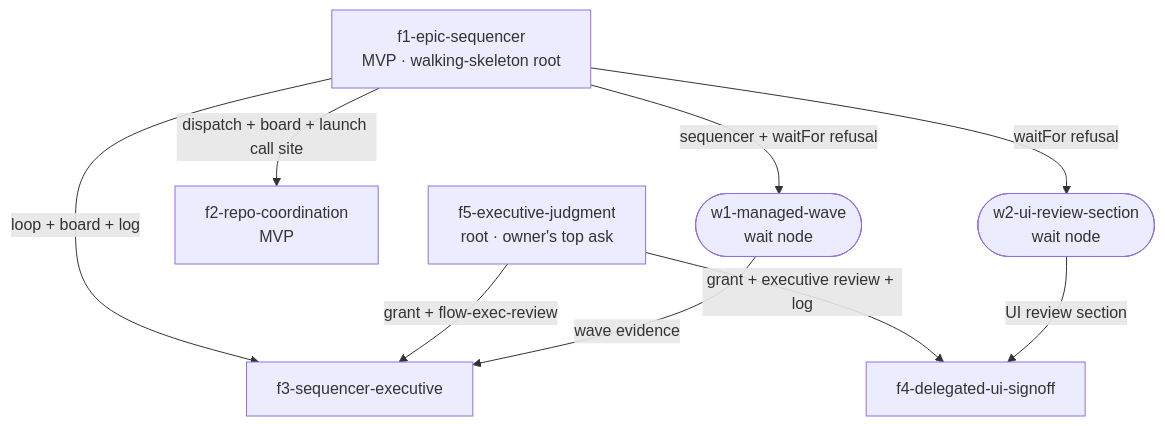
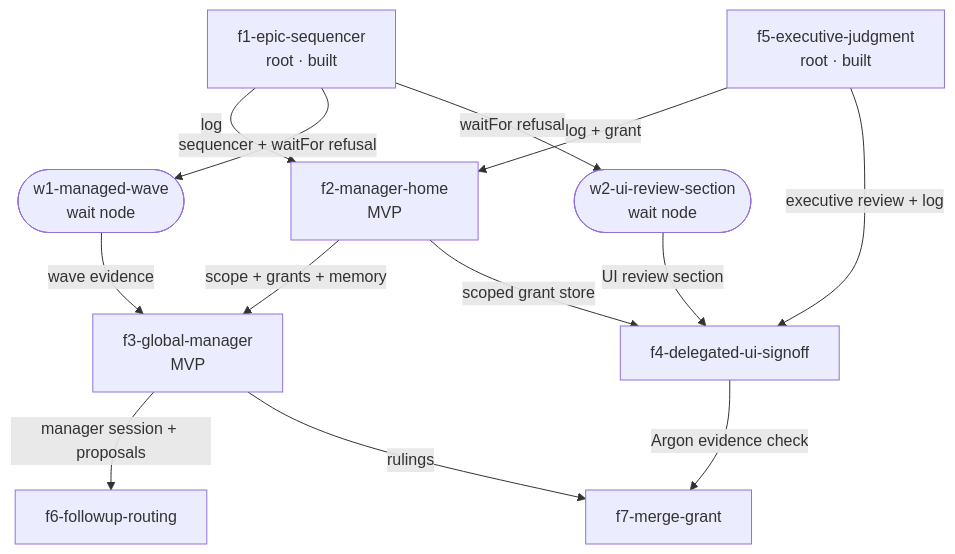
Before and after one commit to gavingolden/flow: the diagram in .flow/epics/re-design-epic-manager-agent/design.md, drawn with Mermaid. The commit also changed other lines of this file and 1 other file, not shown here.

First line of the commit message:
docs(epic): re-scope manager to one global manager

````diff
--- a/.flow/epics/re-design-epic-manager-agent/design.md
+++ b/.flow/epics/re-design-epic-manager-agent/design.md
@@ -641,18 +885,24 @@
 ```mermaid
 graph TD
-  f1[f1-epic-sequencer<br/>MVP · walking-skeleton root]
-  f5[f5-executive-judgment<br/>root · owner's top ask]
-  f2[f2-repo-coordination<br/>MVP]
+  f1[f1-epic-sequencer<br/>root · built]
+  f5[f5-executive-judgment<br/>root · built]
+  f2[f2-manager-home<br/>MVP]
   w1([w1-managed-wave<br/>wait node])
-  f3[f3-sequencer-executive]
+  f3[f3-global-manager<br/>MVP]
   w2([w2-ui-review-section<br/>wait node])
   f4[f4-delegated-ui-signoff]
-  f1 -->|dispatch + board + launch call site| f2
+  f6[f6-followup-routing]
+  f7[f7-merge-grant]
+  f1 -->|log| f2
+  f5 -->|log + grant| f2
   f1 -->|sequencer + waitFor refusal| w1
-  f1 -->|loop + board + log| f3
-  f5 -->|grant + flow-exec-review| f3
+  f2 -->|scope + grants + memory| f3
   w1 -->|wave evidence| f3
   f1 -->|waitFor refusal| w2
-  f5 -->|grant + executive review + log| f4
+  f5 -->|executive review + log| f4
   w2 -->|UI review section| f4
+  f2 -->|scoped grant store| f4
+  f3 -->|manager session + proposals| f6
+  f3 -->|rulings| f7
+  f4 -->|Argon evidence check| f7
 ```
````
